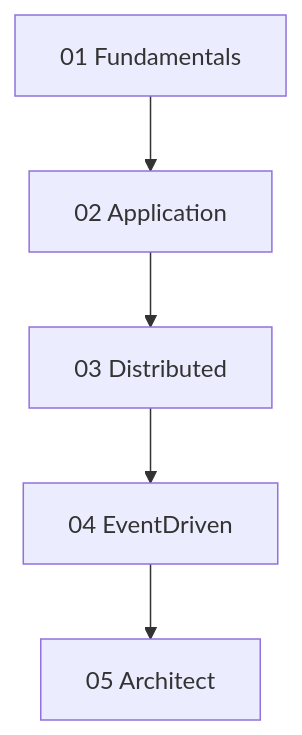
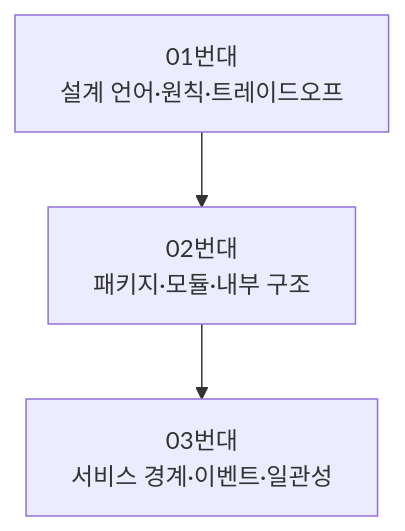
Before and after one commit to scofe97/StduyWrite: the first of 2 diagrams in write/03_architecture/README.md, drawn with Mermaid. The commit also changed other lines of this file and 21 other files, not shown here.

First line of the commit message:
[runners-high] #time 3h refactor(write/03_architecture): 평면화 + 카테고리 통합

````diff
--- a/write/03_architecture/README.md
+++ b/write/03_architecture/README.md
@@ -46,7 +45,5 @@
 ```mermaid
 flowchart TD
-    A[01 Fundamentals] --> B[02 Application]
-    B --> C[03 Distributed]
-    C --> D[04 EventDriven]
-    D --> E[05 Architect]
+    A[01번대<br/>설계 언어·원칙·트레이드오프] --> B[02번대<br/>패키지·모듈·내부 구조]
+    B --> C[03번대<br/>서비스 경계·이벤트·일관성]
 ```
````
